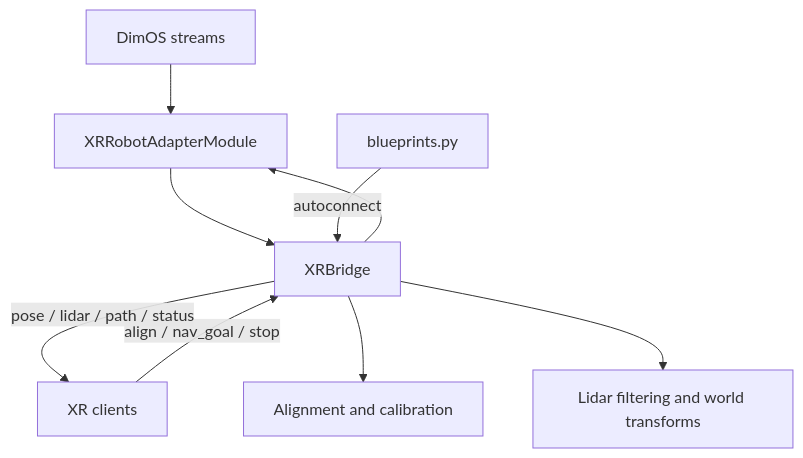
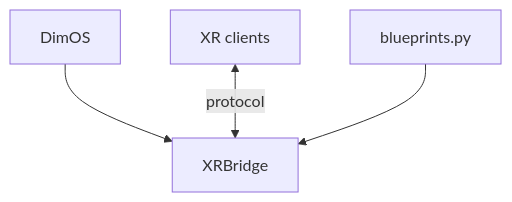
Before and after one commit to V4C38/spectacles-dimensional-os: the third of 3 diagrams in README.md, drawn with Mermaid. The commit also changed other lines of this file and 1 other file, not shown here.

````diff
--- a/README.md
+++ b/README.md
@@ -158,11 +151,6 @@
 ```mermaid
 flowchart TB
-  DimOSStreams[DimOS streams] --> XRAdapter[XRRobotAdapterModule]
-  XRAdapter --> XRBridge[XRBridge]
-  Clients[XR clients] -->|"align / nav_goal / stop"| XRBridge
-  XRBridge -->|"pose / lidar / path / status"| Clients
-  XRBridge --> Alignment[Alignment and calibration]
-  XRBridge --> Filtering[Lidar filtering and world transforms]
-  XRBridge --> XRAdapter
-  Blueprint[blueprints.py] -->|"autoconnect"| XRBridge
+  DimOS[DimOS] --> Bridge[XRBridge]
+  Clients[XR clients] <-->|protocol| Bridge
+  Blueprint[blueprints.py] --> Bridge
 ```
````
